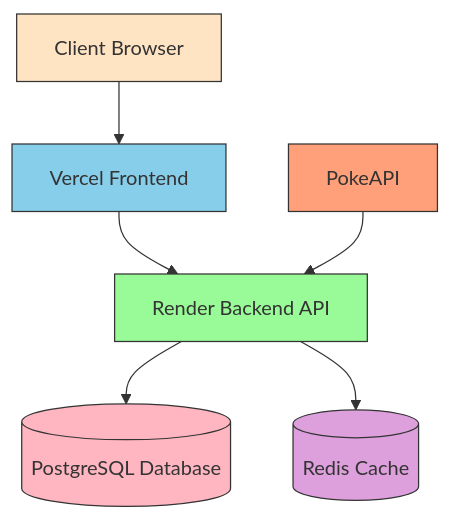
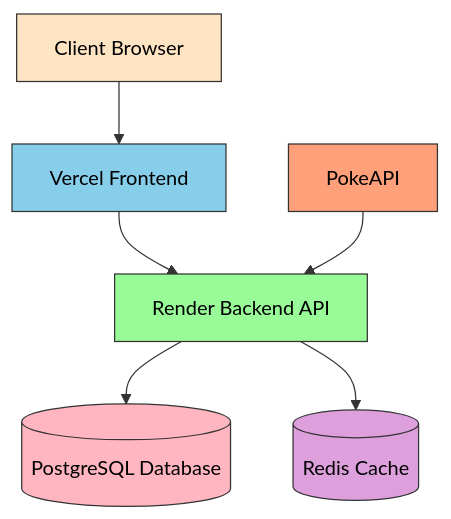
The first of 8 diagrams in SOLUTION_SUMMARY.md (aryan083/pokedex), drawn with Mermaid before and after one commit. The commit also changed other lines of this file, not shown here.

Commit message:
Add SVG diagrams exported from mermaid charts in SOLUTION_SUMMARY.md

````diff
--- a/SOLUTION_SUMMARY.md
+++ b/SOLUTION_SUMMARY.md
@@ -10,15 +10,15 @@
 ```mermaid
 graph TD
     A[Client Browser] --> B[Vercel Frontend]
     B --> C[Render Backend API]
     C --> D[(PostgreSQL Database)]
     C --> E[(Redis Cache)]
     F[PokeAPI] --> C
     
-    style A fill:#FFE4C4,stroke:#333
-    style B fill:#87CEEB,stroke:#333
-    style C fill:#98FB98,stroke:#333
-    style D fill:#FFB6C1,stroke:#333
-    style E fill:#DDA0DD,stroke:#333
-    style F fill:#FFA07A,stroke:#333
+    style A fill:#FFE4C4,stroke:#333,color:#000
+    style B fill:#87CEEB,stroke:#333,color:#000
+    style C fill:#98FB98,stroke:#333,color:#000
+    style D fill:#FFB6C1,stroke:#333,color:#000
+    style E fill:#DDA0DD,stroke:#333,color:#000
+    style F fill:#FFA07A,stroke:#333,color:#000
 ```
````
